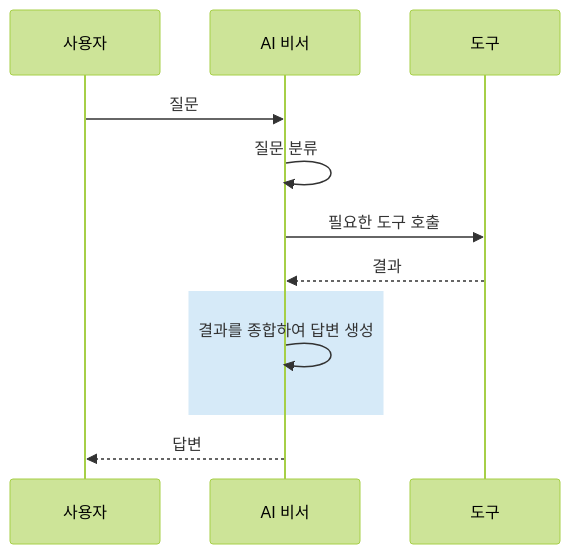
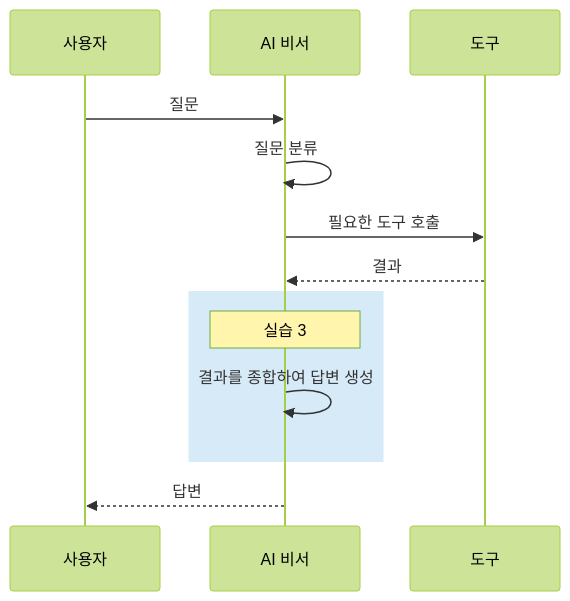
Before and after one commit to edu-openskill/lecture-book-workflow: the fourth of 4 diagrams in projects/사내AI비서_v2/chapters/06-연차도-규정도-한번에.md, drawn with Mermaid (forest theme). The commit also changed other lines of this file and 92 other files, not shown here.

````diff
--- a/projects/사내AI비서_v2/chapters/06-연차도-규정도-한번에.md
+++ b/projects/사내AI비서_v2/chapters/06-연차도-규정도-한번에.md
@@ -710,11 +715,12 @@
 ```mermaid
 sequenceDiagram
     사용자->>AI 비서: 질문
     AI 비서->>AI 비서: 질문 분류
     AI 비서->>도구: 필요한 도구 호출
     도구-->>AI 비서: 결과
     rect rgb(214, 234, 248)
+        Note over AI 비서: 실습 3
         AI 비서->>AI 비서: 결과를 종합하여 답변 생성
     end
     AI 비서-->>사용자: 답변
 ```
````
